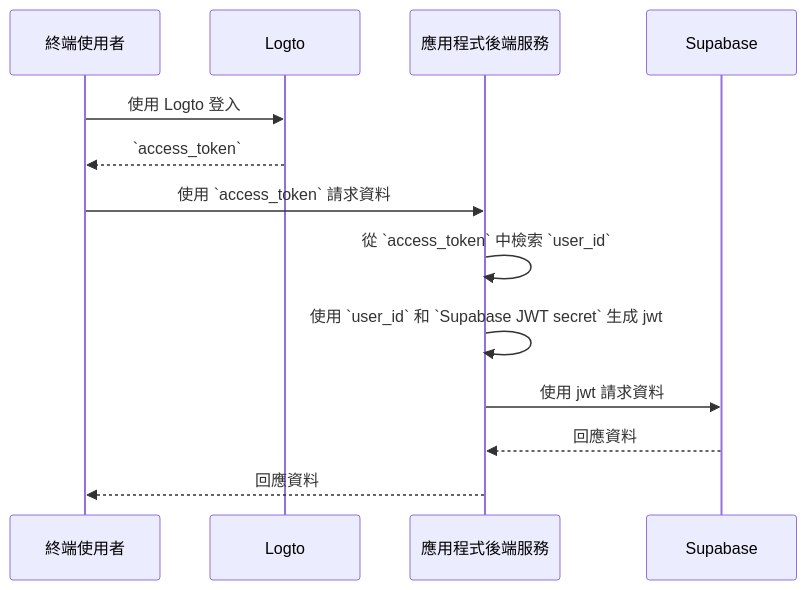
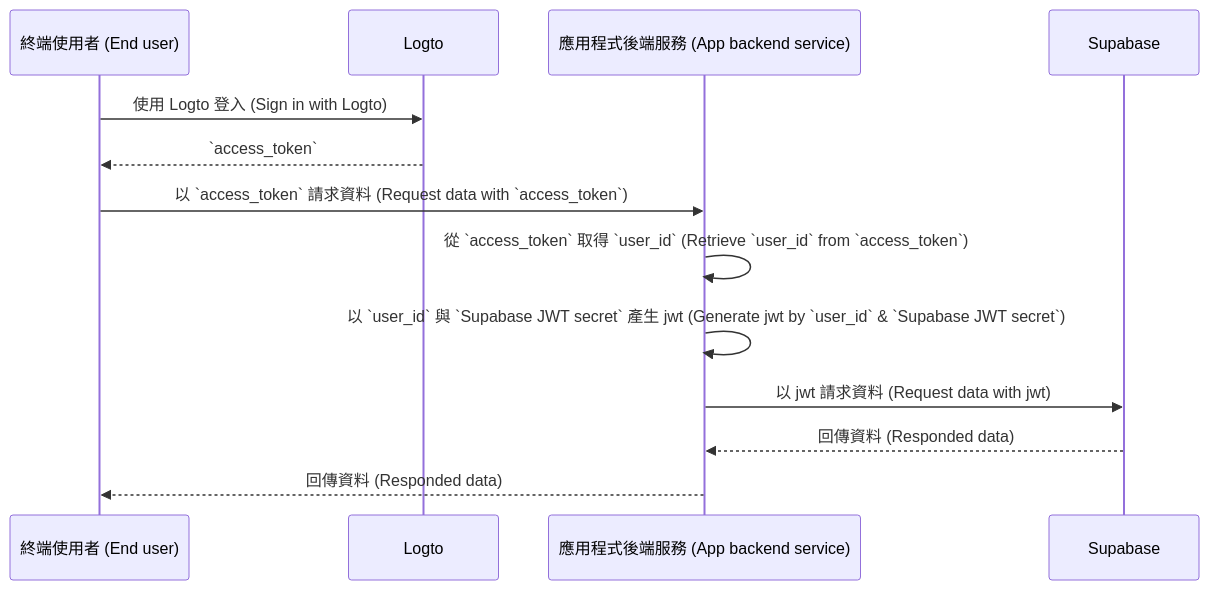
The diagram in i18n/zh-TW/docusaurus-plugin-content-docs/current/quick-starts/database/supabase/README.mdx (logto-io/docs), drawn with Mermaid before and after one commit. The commit also changed other lines of this file and 357 other files, not shown here.

````diff
--- a/i18n/zh-TW/docusaurus-plugin-content-docs/current/quick-starts/database/supabase/README.mdx
+++ b/i18n/zh-TW/docusaurus-plugin-content-docs/current/quick-starts/database/supabase/README.mdx
@@ -107,16 +107,16 @@
 ```mermaid
 sequenceDiagram
-	Participant U as 終端使用者
+	Participant U as 終端使用者 (End user)
 	Participant Logto
-	Participant B as 應用程式後端服務
+	Participant B as 應用程式後端服務 (App backend service)
 	Participant Supabase
 
-	U->>Logto: 使用 Logto 登入
+	U->>Logto: 使用 Logto 登入 (Sign in with Logto)
 	Logto-->>U: `access_token`
-	U->>B: 使用 `access_token` 請求資料
-	B->>B: 從 `access_token` 中檢索 `user_id`
-	B->>B: 使用 `user_id` 和 `Supabase JWT secret` 生成 jwt
-	B->>Supabase: 使用 jwt 請求資料
-	Supabase-->>B: 回應資料
-	B-->>U: 回應資料
+	U->>B: 以 `access_token` 請求資料 (Request data with `access_token`)
+	B->>B: 從 `access_token` 取得 `user_id` (Retrieve `user_id` from `access_token`)
+	B->>B: 以 `user_id` 與 `Supabase JWT secret` 產生 jwt (Generate jwt by `user_id` & `Supabase JWT secret`)
+	B->>Supabase: 以 jwt 請求資料 (Request data with jwt)
+	Supabase-->>B: 回傳資料 (Responded data)
+	B-->>U: 回傳資料 (Responded data)
 ```
````
